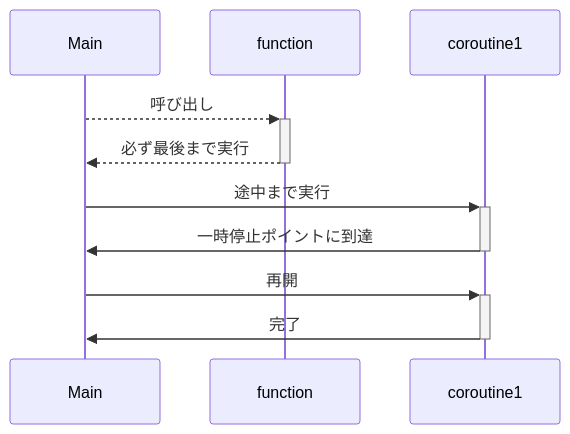
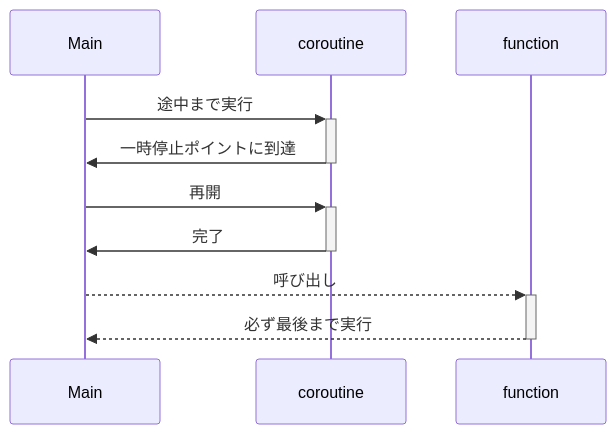
Before and after one commit to k-nasa/blog: the diagram in articles/compare_rust_go_concurrency.md, drawn with Mermaid. The commit also changed other lines of this file, not shown here.

````diff
--- a/articles/compare_rust_go_concurrency.md
+++ b/articles/compare_rust_go_concurrency.md
@@ -103,11 +103,12 @@
 ```mermaid
 sequenceDiagram
+  Main ->>+ coroutine: 途中まで実行
+  coroutine ->>- Main: 一時停止ポイントに到達
+
+  Main ->>+ coroutine: 再開
+  coroutine ->>- Main: 完了
+
   Main -->>+ function: 呼び出し
   function-->>- Main: 必ず最後まで実行
 
-  Main ->>+ coroutine1: 途中まで実行
-  coroutine1 ->>- Main: 一時停止ポイントに到達
-
-  Main ->>+ coroutine1: 再開
-  coroutine1 ->>- Main: 完了
 ```
````
